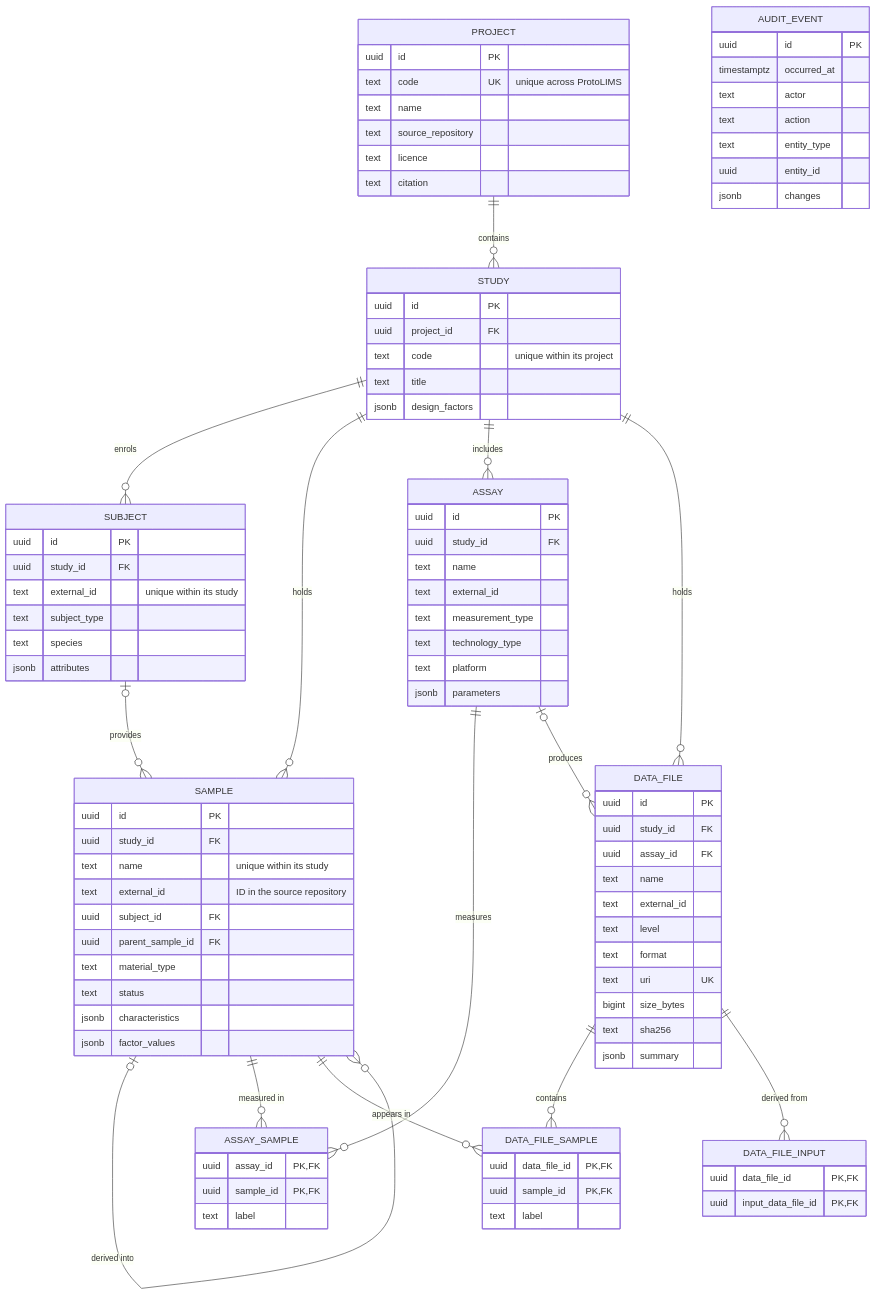
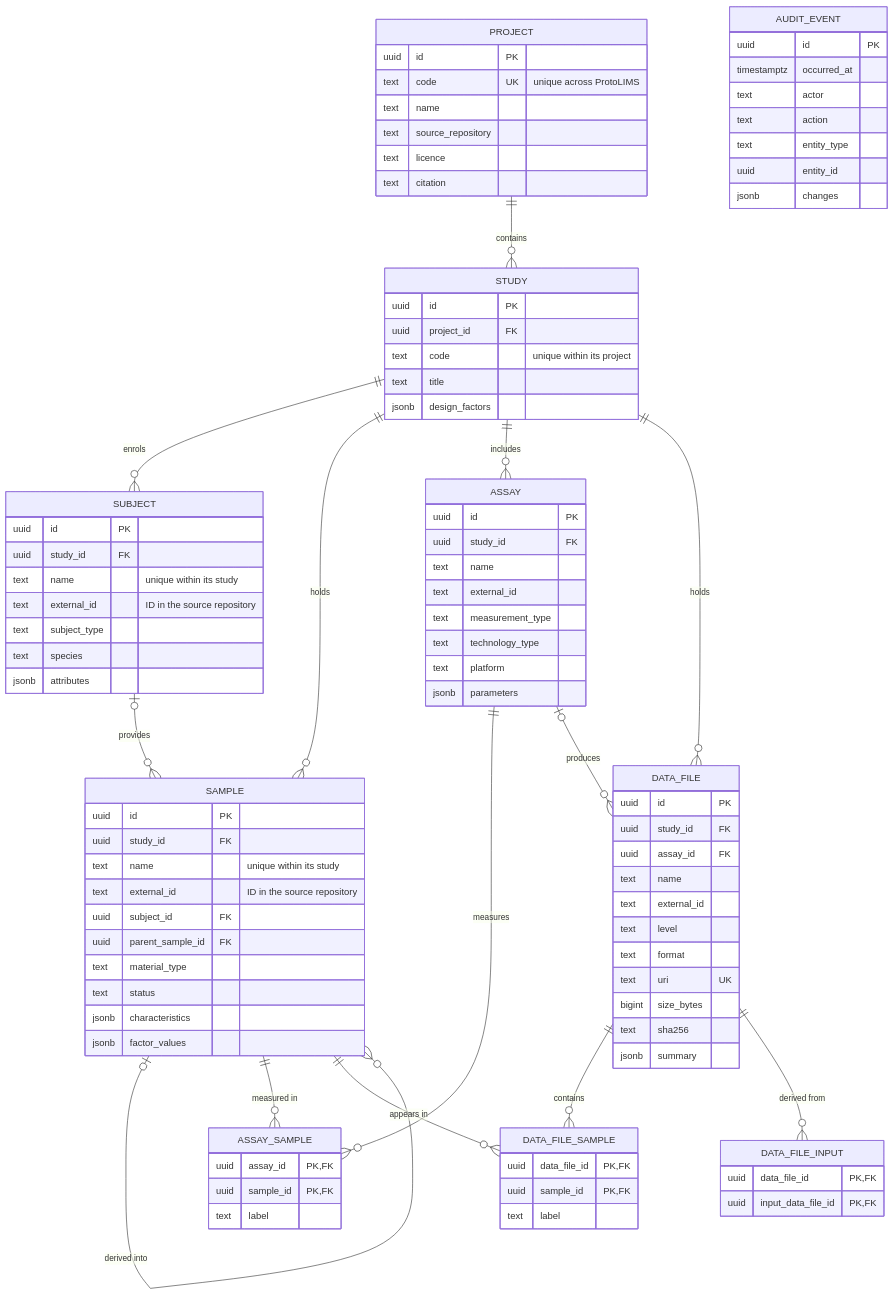
Before and after one commit to leehart3000/protolims: the diagram in docs/data-model.md, drawn with Mermaid. The commit also changed 9 other files, not shown here.

Commit message:
feat(backend): add subject endpoints; subjects get a name and an optional external id

```diff
--- a/docs/data-model.md
+++ b/docs/data-model.md
@@ -51,7 +51,8 @@
     SUBJECT {
         uuid id PK
         uuid study_id FK
-        text external_id "unique within its study"
+        text name "unique within its study"
+        text external_id "ID in the source repository"
         text subject_type
         text species
         jsonb attributes
```
